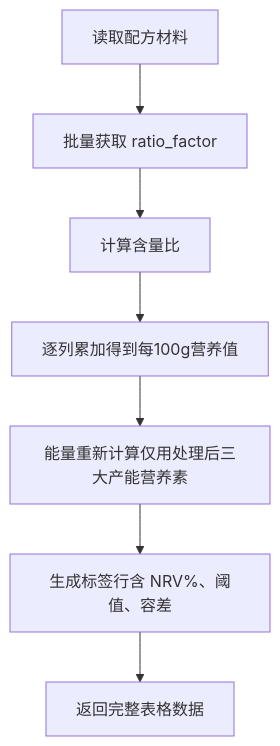
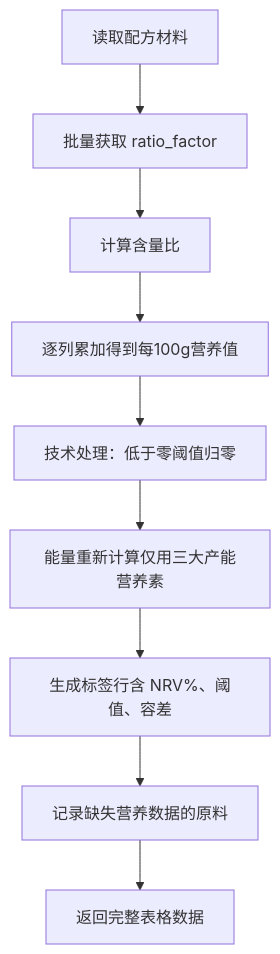
The seventh of 10 diagrams in .qoder/repowiki/zh/content/核心功能模块/营养分析系统.md (xpretycn/TingStudio), drawn with Mermaid before and after one commit. The commit also changed other lines of this file and 56 other files, not shown here.

````diff
--- a/.qoder/repowiki/zh/content/核心功能模块/营养分析系统.md
+++ b/.qoder/repowiki/zh/content/核心功能模块/营养分析系统.md
@@ -240,9 +266,11 @@
 ```mermaid
 flowchart TD
 A["读取配方材料"] --> B["批量获取 ratio_factor"]
 B --> C["计算含量比"]
 C --> D["逐列累加得到每100g营养值"]
-D --> E["能量重新计算仅用处理后三大产能营养素"]
-E --> F["生成标签行含 NRV%、阈值、容差"]
-F --> G["返回完整表格数据"]
+D --> E["技术处理：低于零阈值归零"]
+E --> F["能量重新计算仅用三大产能营养素"]
+F --> G["生成标签行含 NRV%、阈值、容差"]
+G --> H["记录缺失营养数据的原料"]
+H --> I["返回完整表格数据"]
 ```
````
